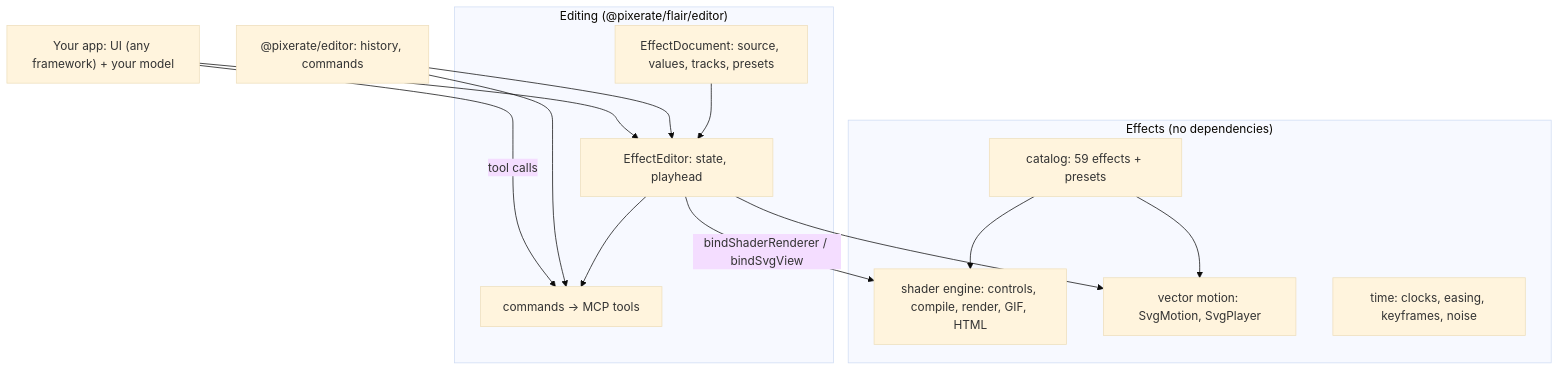
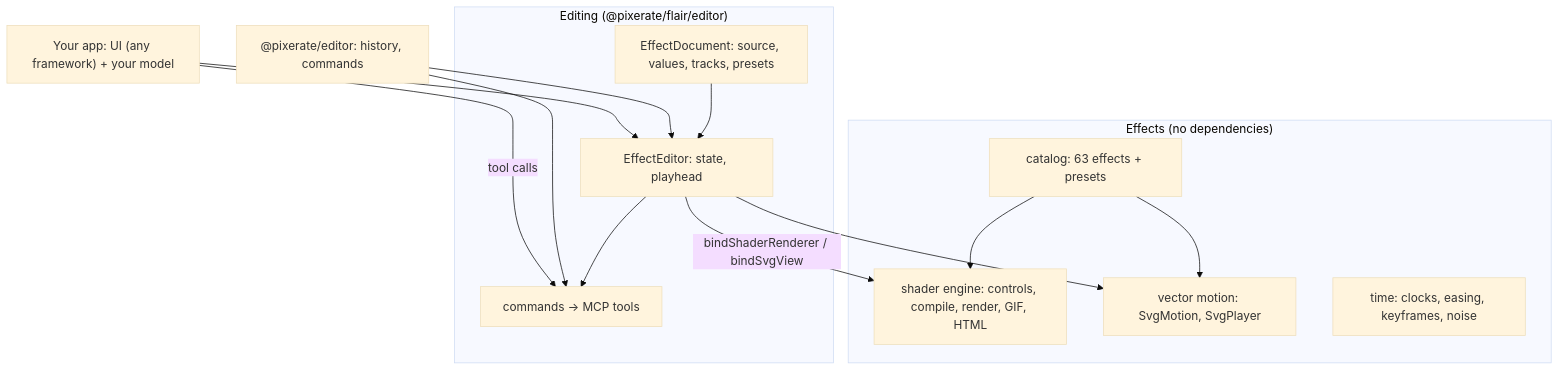
Before and after one commit to Pixerate/flair: the diagram in README.md, drawn with Mermaid (base theme). The commit also changed other lines of this file and 32 other files, not shown here.

````diff
--- a/README.md
+++ b/README.md
@@ -55,27 +55,27 @@
 ```mermaid
 graph TD
   subgraph Effects["Effects (no dependencies)"]
-    Catalog["catalog: 59 effects + presets"]
+    Catalog["catalog: 63 effects + presets"]
     Shader["shader engine: controls, compile, render, GIF, HTML"]
     Vector["vector motion: SvgMotion, SvgPlayer"]
     Time["time: clocks, easing, keyframes, noise"]
   end
   subgraph Editing["Editing (@pixerate/flair/editor)"]
     Doc["EffectDocument: source, values, tracks, presets"]
     Editor["EffectEditor: state, playhead"]
     Cmds["commands → MCP tools"]
   end
   PE["@pixerate/editor: history, commands"]
   Host["Your app: UI (any framework) + your model"]
 
   Catalog --> Shader
   Catalog --> Vector
   Doc --> Editor
   Editor --> Cmds
   PE --> Editor
   PE --> Cmds
   Editor -- bindShaderRenderer / bindSvgView --> Shader
   Editor --> Vector
   Host --> Editor
   Host -- tool calls --> Cmds
 ```
````
